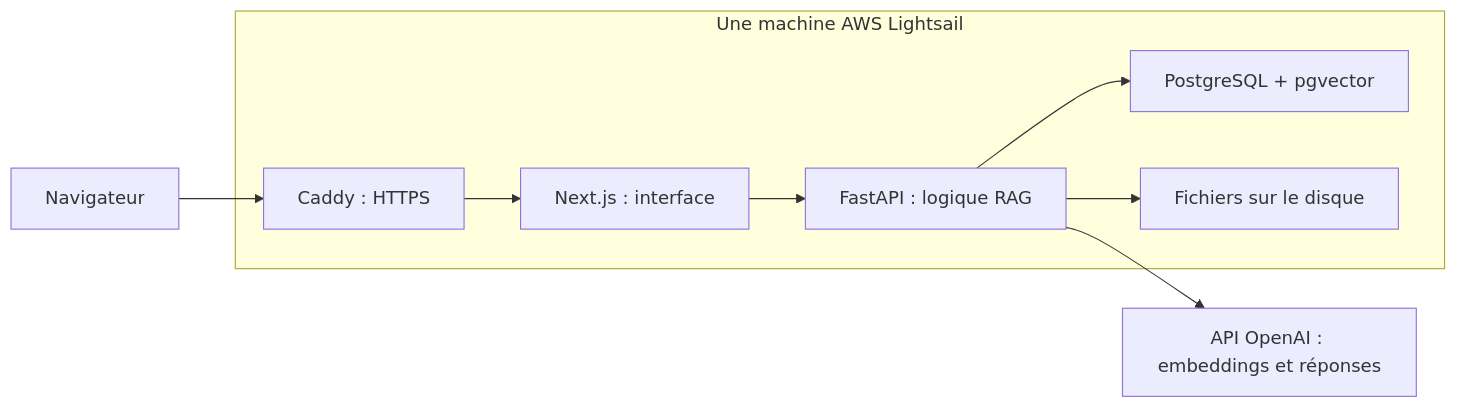
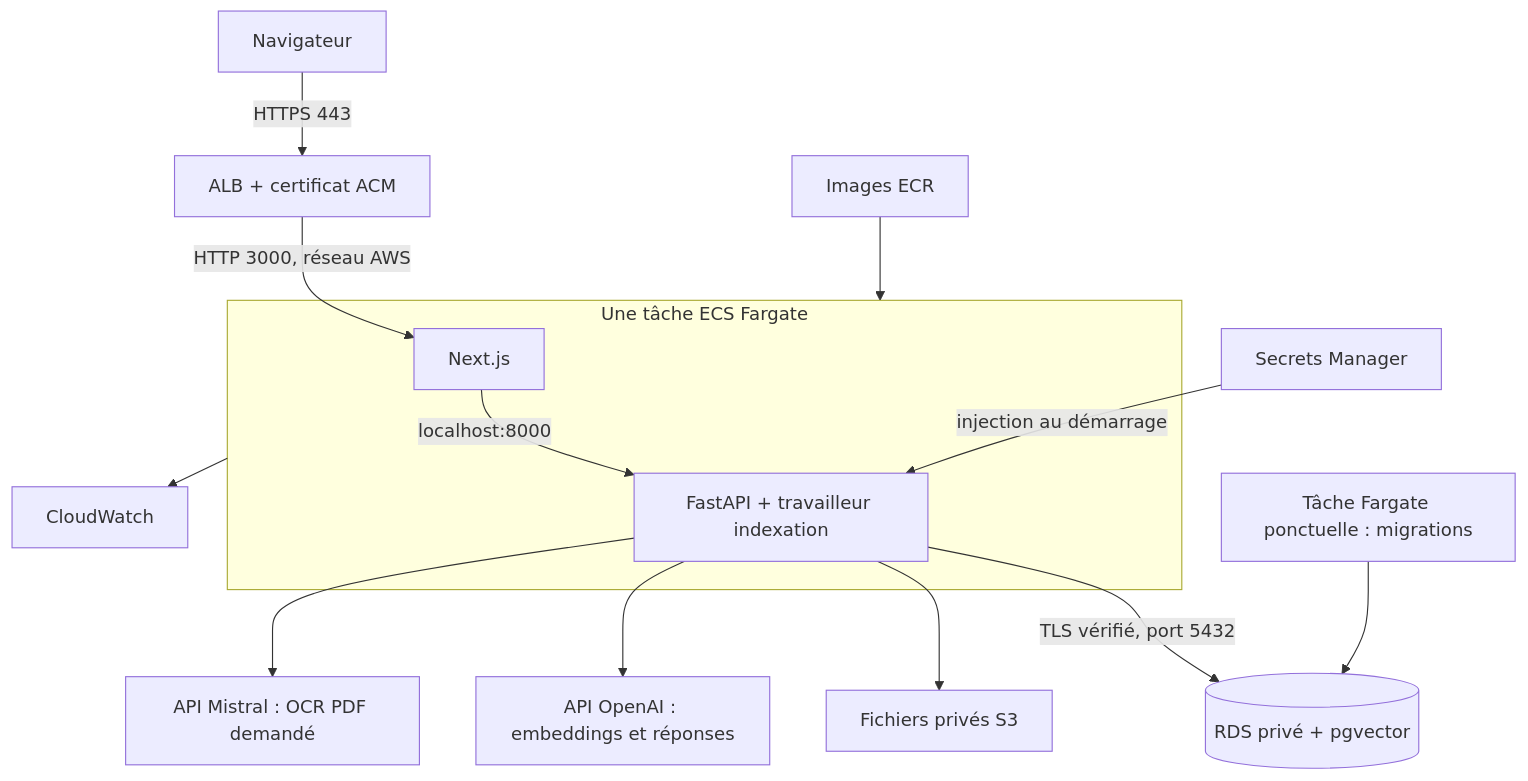
The diagram in documentation/deployer-sur-aws.md (AmauryLeChaffotec/atelier-rag), drawn with Mermaid before and after one commit. The commit also changed other lines of this file and 53 other files, not shown here.

Commit message:
Adapter le RAG à ECS Fargate, RDS et S3 avec Terraform

````diff
--- a/documentation/deployer-sur-aws.md
+++ b/documentation/deployer-sur-aws.md
@@ -13,11 +23,16 @@
 ```mermaid
-flowchart LR
-    Visiteur[Navigateur] --> HTTPS[Caddy : HTTPS]
-    subgraph AWS[Une machine AWS Lightsail]
-        HTTPS --> Interface[Next.js : interface]
-        Interface --> API[FastAPI : logique RAG]
-        API --> Base[PostgreSQL + pgvector]
-        API --> Fichiers[Fichiers sur le disque]
+flowchart TD
+    Visiteur[Navigateur] -->|HTTPS 443| ALB[ALB + certificat ACM]
+    ALB -->|HTTP 3000, réseau AWS| Interface[Next.js]
+    subgraph Tache[Une tâche ECS Fargate]
+        Interface -->|localhost:8000| API[FastAPI + travailleur indexation]
     end
+    ECR[Images ECR] --> Tache
+    Secrets[Secrets Manager] -->|injection au démarrage| API
+    API -->|TLS vérifié, port 5432| RDS[(RDS privé + pgvector)]
+    API --> S3[Fichiers privés S3]
     API --> OpenAI[API OpenAI : embeddings et réponses]
+    API --> Mistral[API Mistral : OCR PDF demandé]
+    Tache --> Logs[CloudWatch]
+    Migration[Tâche Fargate ponctuelle : migrations] --> RDS
 ```
````
